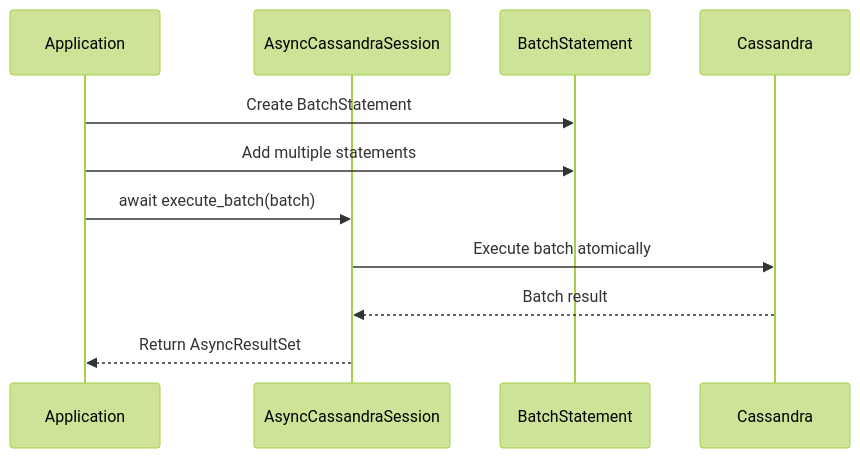
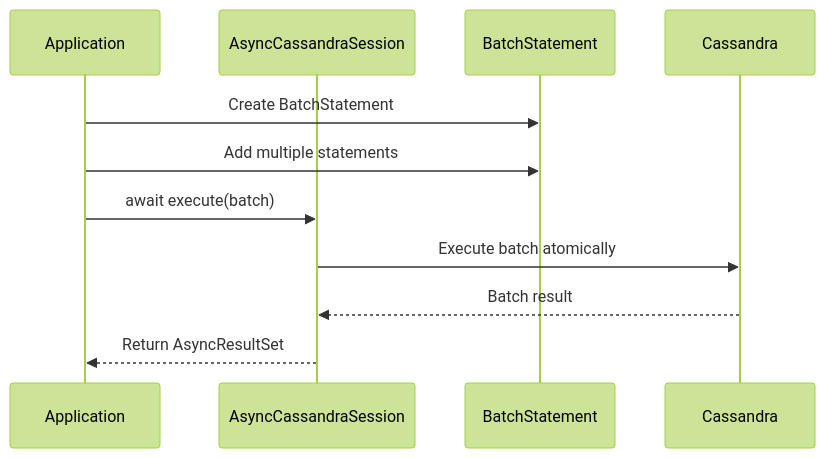
Before and after one commit to axonops/async-python-cassandra: diagram 11 of 20 in docs/architecture.md, drawn with Mermaid (forest theme). The commit also changed other lines of this file, not shown here.

````diff
--- a/docs/architecture.md
+++ b/docs/architecture.md
@@ -155,14 +295,14 @@
 ```mermaid
 sequenceDiagram
     participant App as Application
     participant Session as AsyncCassandraSession
     participant Batch as BatchStatement
     participant DB as Cassandra
     
     App->>Batch: Create BatchStatement
     App->>Batch: Add multiple statements
-    App->>Session: await execute_batch(batch)
+    App->>Session: await execute(batch)
     Session->>DB: Execute batch atomically
     DB-->>Session: Batch result
     Session-->>App: Return AsyncResultSet
 ```
````
